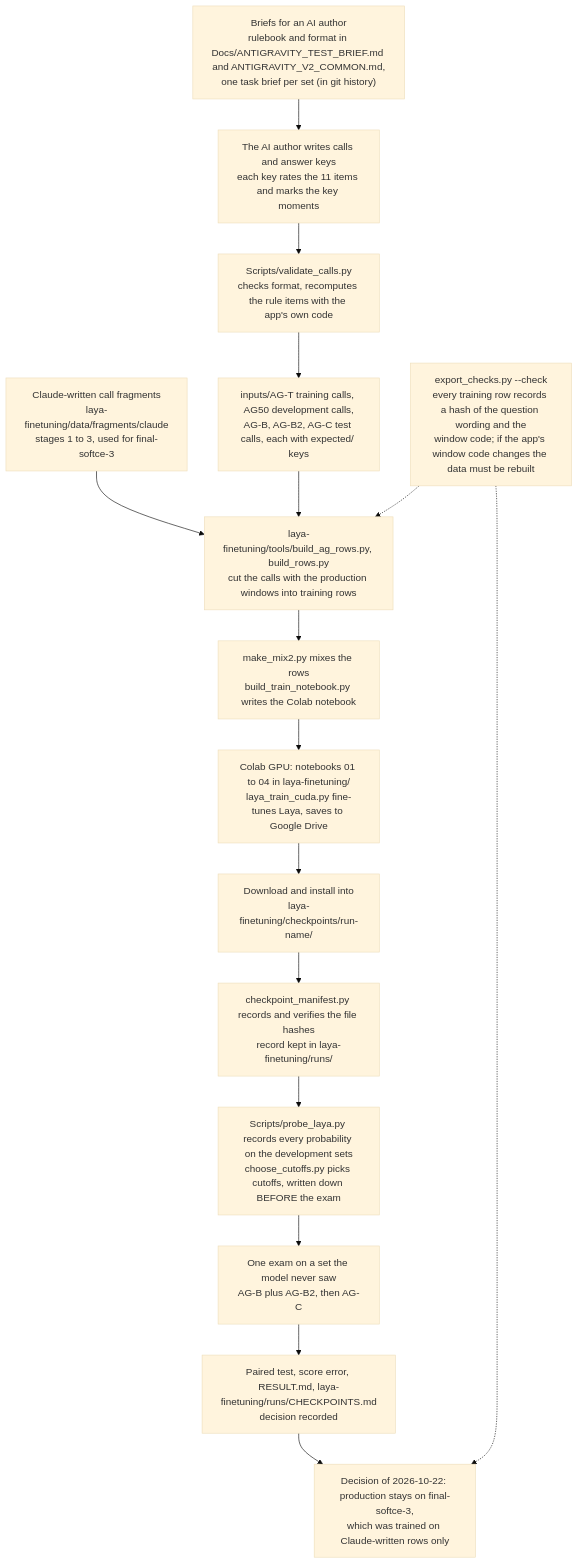
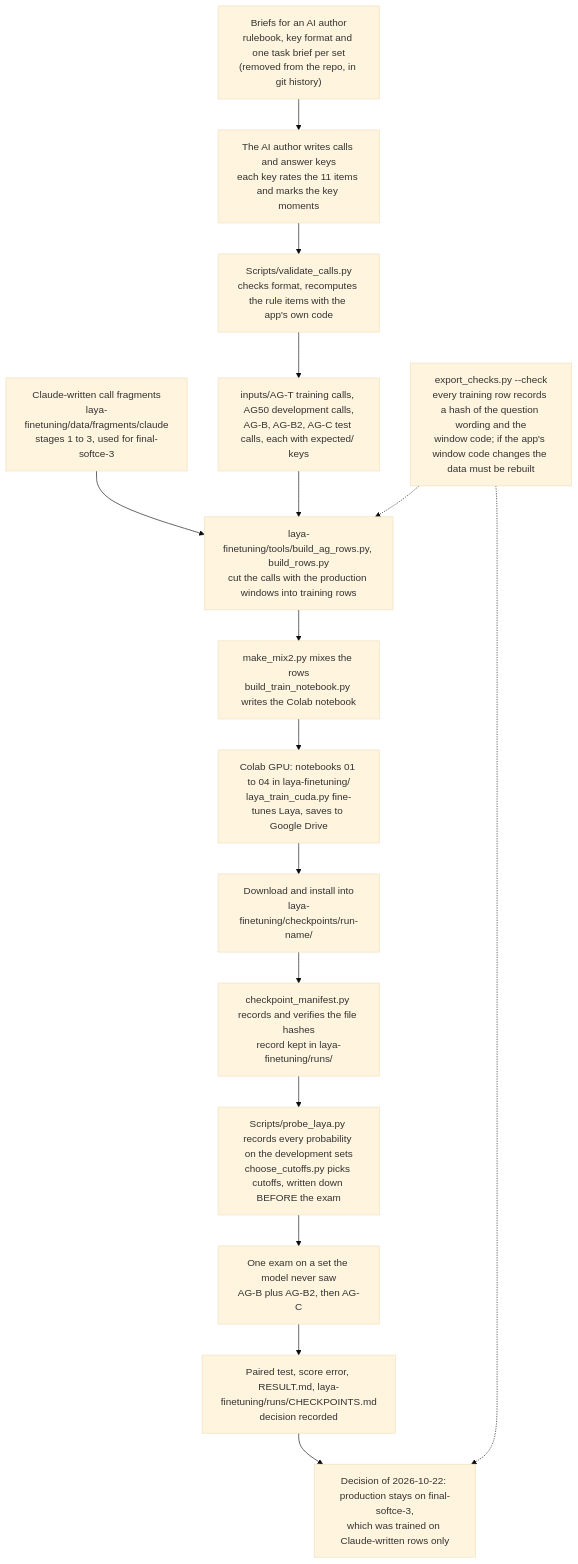
Before and after one commit to nimjj/QA-system: diagram 11 of 11 in Docs/FLOW_DIAGRAMS.md, drawn with Mermaid (base theme). The commit also changed other lines of this file and 10 other files, not shown here.

First line of the commit message:
Docs: remove the AI-author kit (rulebook, label rules, examples)

````diff
--- a/Docs/FLOW_DIAGRAMS.md
+++ b/Docs/FLOW_DIAGRAMS.md
@@ -369,18 +369,18 @@
 ```mermaid
 flowchart TD
     A0["Claude-written call fragments<br/>laya-finetuning/data/fragments/claude<br/>stages 1 to 3, used for final-softce-3"] --> E
-    A["Briefs for an AI author<br/>rulebook and format in Docs/ANTIGRAVITY_TEST_BRIEF.md and ANTIGRAVITY_V2_COMMON.md,<br/>one task brief per set (in git history)"] --> B["The AI author writes calls and answer keys<br/>each key rates the 11 items and marks the key moments"]
+    A["Briefs for an AI author<br/>rulebook, key format and one task brief per set<br/>(removed from the repo, in git history)"] --> B["The AI author writes calls and answer keys<br/>each key rates the 11 items and marks the key moments"]
     B --> C["Scripts/validate_calls.py<br/>checks format, recomputes the rule items with the app's own code"]
     C --> D["inputs/AG-T training calls, AG50 development calls,<br/>AG-B, AG-B2, AG-C test calls, each with expected/ keys"]
     D --> E["laya-finetuning/tools/build_ag_rows.py, build_rows.py<br/>cut the calls with the production windows into training rows"]
     E --> F["make_mix2.py mixes the rows<br/>build_train_notebook.py writes the Colab notebook"]
     F --> G["Colab GPU: notebooks 01 to 04 in laya-finetuning/<br/>laya_train_cuda.py fine-tunes Laya, saves to Google Drive"]
     G --> H["Download and install into<br/>laya-finetuning/checkpoints/run-name/"]
     H --> I["checkpoint_manifest.py records and verifies the file hashes<br/>record kept in laya-finetuning/runs/"]
     I --> J["Scripts/probe_laya.py records every probability on the development sets<br/>choose_cutoffs.py picks cutoffs, written down BEFORE the exam"]
     J --> K["One exam on a set the model never saw<br/>AG-B plus AG-B2, then AG-C"]
     K --> L["Paired test, score error, RESULT.md, laya-finetuning/runs/CHECKPOINTS.md<br/>decision recorded"]
     L --> M["Decision of 2026-10-22: production stays on final-softce-3,<br/>which was trained on Claude-written rows only"]
     Z["export_checks.py --check<br/>every training row records a hash of the question wording and the<br/>window code; if the app's window code changes the data must be rebuilt"] -.-> E
     Z -.-> M
 ```
````
